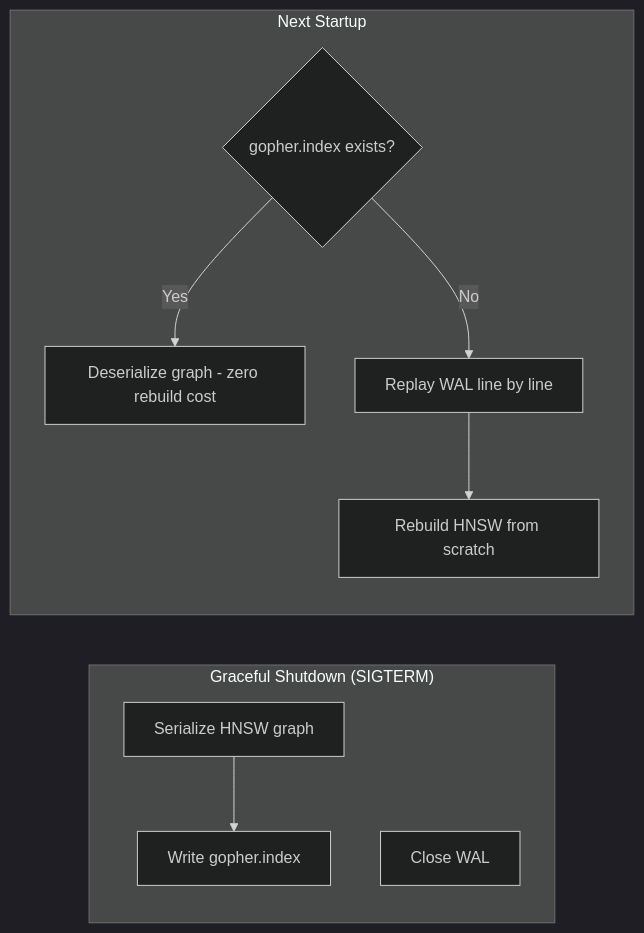
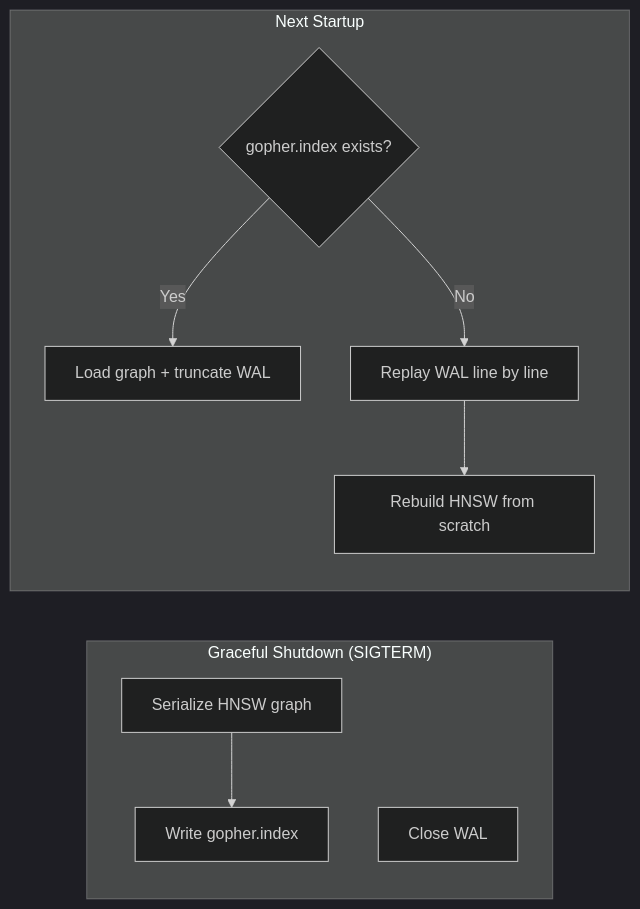
One commit to Ankritjarngal/gopher-vectra changed the fourth of 4 diagrams in README.md. Above: the diagram before and after it, drawn with Mermaid (dark theme). The commit also changed other lines of this file and 6 other files, not shown here.

````diff
--- a/README.md
+++ b/README.md
@@ -251,14 +251,14 @@
 ```mermaid
 flowchart LR
     subgraph Shutdown ["Graceful Shutdown (SIGTERM)"]
         S1[Serialize HNSW graph] --> S2[Write gopher.index]
         S3[Close WAL]
     end
 
     subgraph Startup ["Next Startup"]
         T1{gopher.index exists?}
-        T1 -->|Yes| T2[Deserialize graph - zero rebuild cost]
+        T1 -->|Yes| T2[Load graph + truncate WAL]
         T1 -->|No| T3[Replay WAL line by line]
         T3 --> T4[Rebuild HNSW from scratch]
     end
 ```
````
